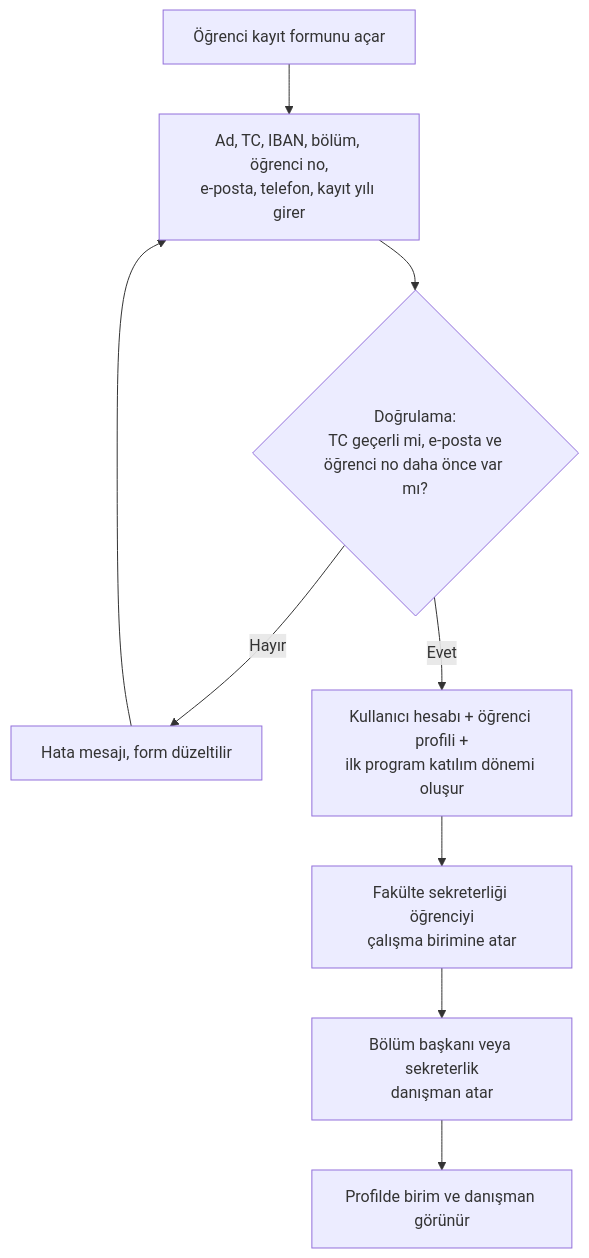
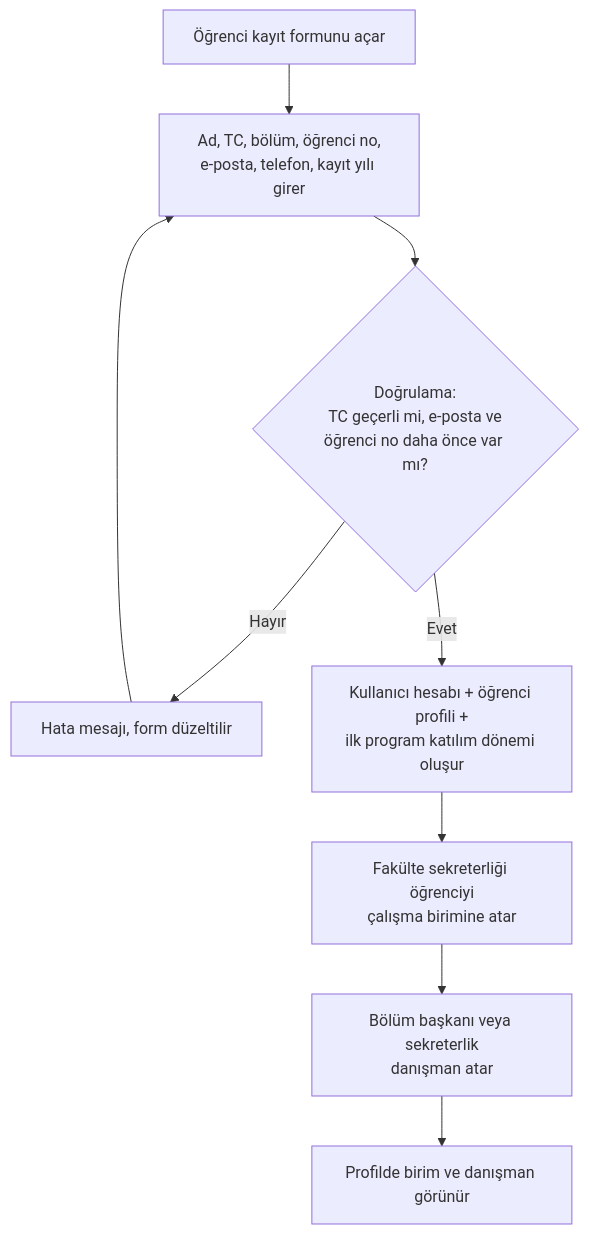
One commit to mcan-dev/iskur-otomasyon changed the first of 8 diagrams in teslim/1_Arastirma/03_is_akislari.md. Above: the diagram before and after it, drawn with Mermaid. The commit also changed 6 other files, not shown here.

Commit message:
Kayıt formundan IBAN kaldırıldı (profilden girilir); personel hesap açma notu

````diff
--- a/teslim/1_Arastirma/03_is_akislari.md
+++ b/teslim/1_Arastirma/03_is_akislari.md
@@ -7,11 +7,11 @@
 ```mermaid
 flowchart TD
-    A[Öğrenci kayıt formunu açar] --> B[Ad, TC, IBAN, bölüm, öğrenci no,<br/>e-posta, telefon, kayıt yılı girer]
+    A[Öğrenci kayıt formunu açar] --> B[Ad, TC, bölüm, öğrenci no,<br/>e-posta, telefon, kayıt yılı girer]
     B --> C{Doğrulama:<br/>TC geçerli mi, e-posta ve<br/>öğrenci no daha önce var mı?}
     C -- Hayır --> D[Hata mesajı, form düzeltilir]
     D --> B
     C -- Evet --> E[Kullanıcı hesabı + öğrenci profili +<br/>ilk program katılım dönemi oluşur]
     E --> F[Fakülte sekreterliği öğrenciyi<br/>çalışma birimine atar]
     F --> G[Bölüm başkanı veya sekreterlik<br/>danışman atar]
     G --> H[Profilde birim ve danışman görünür]
 ```
````
